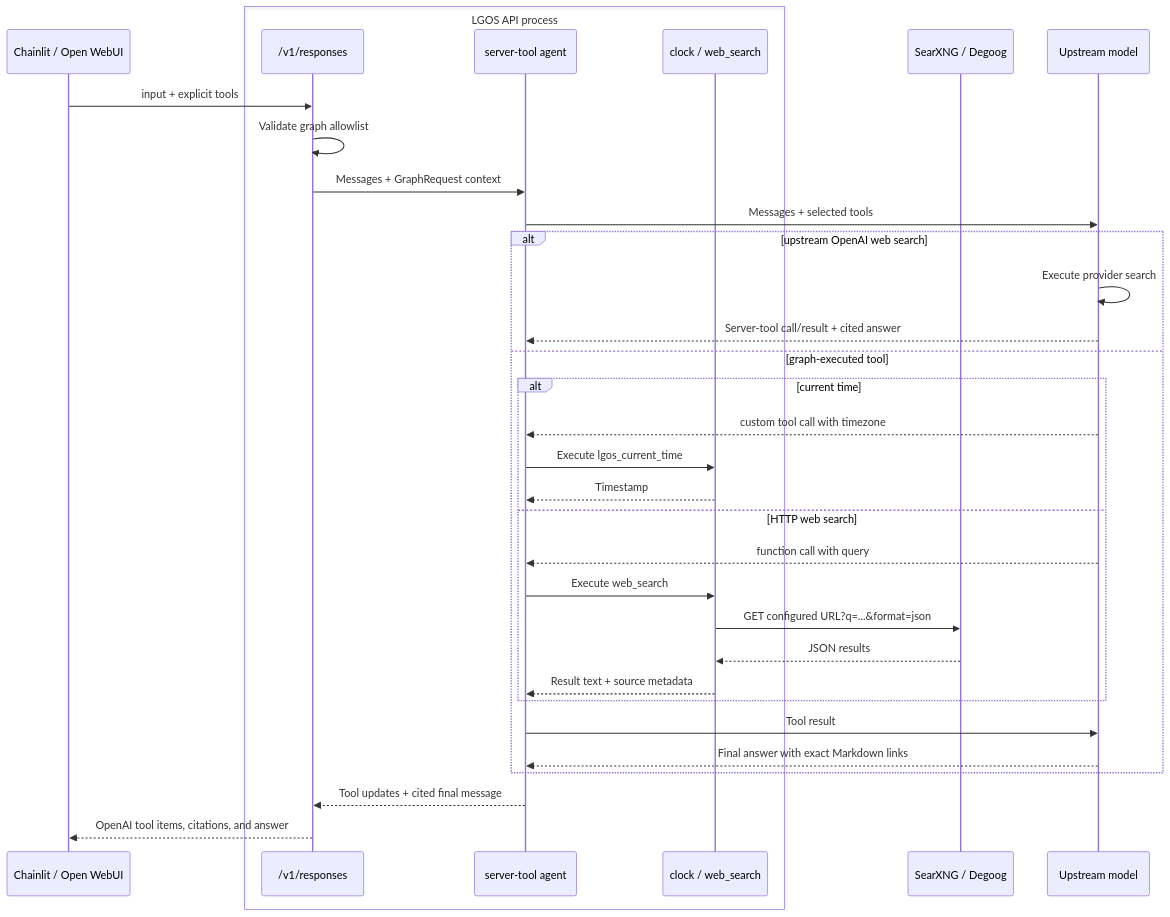
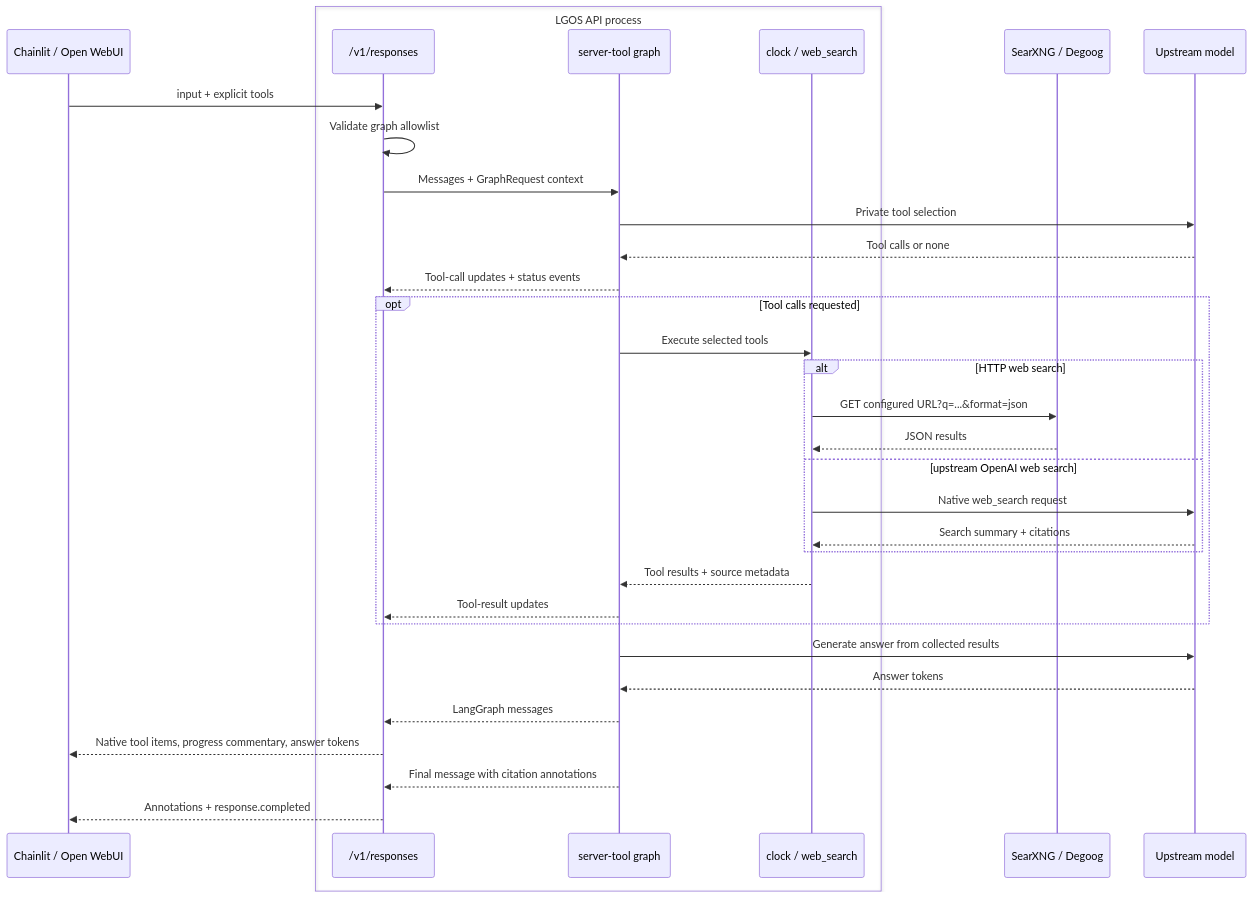
One commit to ilkersigirci/langgraph-openai-serve changed the second of 2 diagrams in docs/demo/graphs/server-tool.md. Above: the diagram before and after it, drawn with Mermaid. The commit also changed other lines of this file and 24 other files, not shown here.

Commit message:
feat: server tools converted from agent to graph

````diff
--- a/docs/demo/graphs/server-tool.md
+++ b/docs/demo/graphs/server-tool.md
@@ -34,36 +35,36 @@
 ```mermaid
 sequenceDiagram
   participant UI as Chainlit / Open WebUI
   box LGOS API process
     participant API as /v1/responses
-    participant Agent as server-tool agent
+    participant Graph as server-tool graph
     participant Tools as clock / web_search
   end
   participant Search as SearXNG / Degoog
   participant Model as Upstream model
 
   UI->>API: input + explicit tools
   API->>API: Validate graph allowlist
-  API->>Agent: Messages + GraphRequest context
-  Agent->>Model: Messages + selected tools
-  alt upstream OpenAI web search
-    Model->>Model: Execute provider search
-    Model-->>Agent: Server-tool call/result + cited answer
-  else graph-executed tool
-    alt current time
-      Model-->>Agent: custom tool call with timezone
-      Agent->>Tools: Execute lgos_current_time
-      Tools-->>Agent: Timestamp
-    else HTTP web search
-      Model-->>Agent: function call with query
-      Agent->>Tools: Execute web_search
+  API->>Graph: Messages + GraphRequest context
+  Graph->>Model: Private tool selection
+  Model-->>Graph: Tool calls or none
+  Graph-->>API: Tool-call updates + status events
+  opt Tool calls requested
+    Graph->>Tools: Execute selected tools
+    alt HTTP web search
       Tools->>Search: GET configured URL?q=...&format=json
       Search-->>Tools: JSON results
-      Tools-->>Agent: Result text + source metadata
+    else upstream OpenAI web search
+      Tools->>Model: Native web_search request
+      Model-->>Tools: Search summary + citations
     end
-    Agent->>Model: Tool result
-    Model-->>Agent: Final answer with exact Markdown links
+    Tools-->>Graph: Tool results + source metadata
+    Graph-->>API: Tool-result updates
   end
-  Agent-->>API: Tool updates + cited final message
-  API-->>UI: OpenAI tool items, citations, and answer
+  Graph->>Model: Generate answer from collected results
+  Model-->>Graph: Answer tokens
+  Graph-->>API: LangGraph messages
+  API-->>UI: Native tool items, progress commentary, answer tokens
+  Graph-->>API: Final message with citation annotations
+  API-->>UI: Annotations + response.completed
 ```
````
